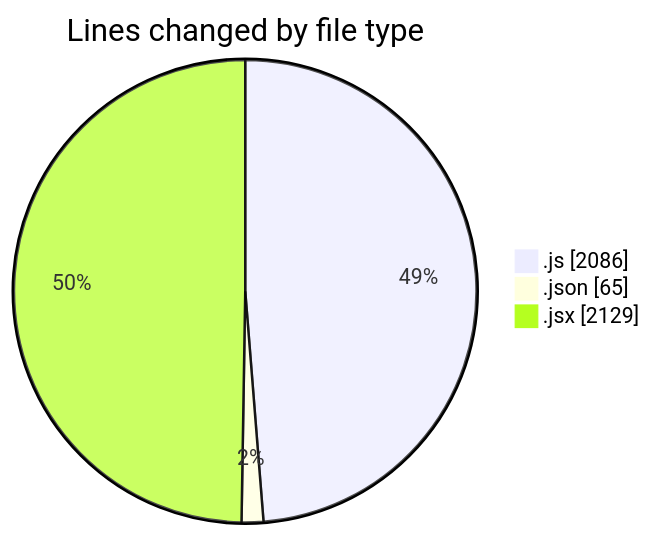
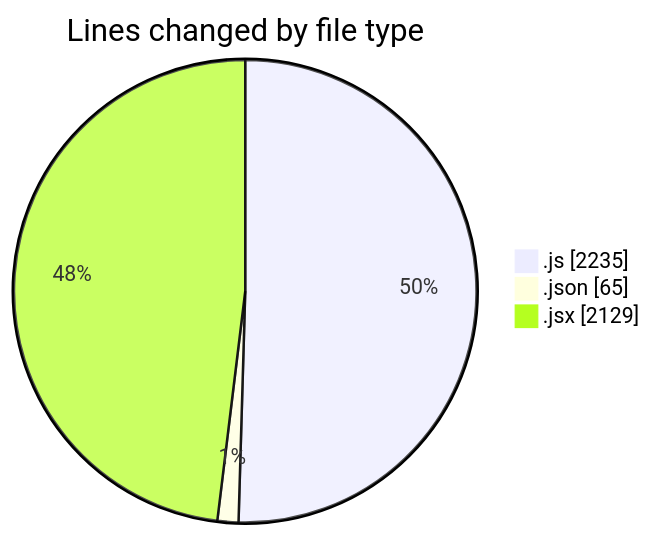
One commit to nxtqubesakshisongat/code-tracking changed the first of 2 diagrams in 2026-01-14/nxtqube_webapp/README.md. Above: the diagram before and after it, drawn with Mermaid. The commit also changed other lines of this file and 1 other file, not shown here.

````diff
--- a/2026-01-14/nxtqube_webapp/README.md
+++ b/2026-01-14/nxtqube_webapp/README.md
@@ -28,7 +30,7 @@
 ```mermaid
 pie showData
 title Lines changed by file type
-".js" : 2086
+".js" : 2235
 ".json" : 65
 ".jsx" : 2129
 ```
````
